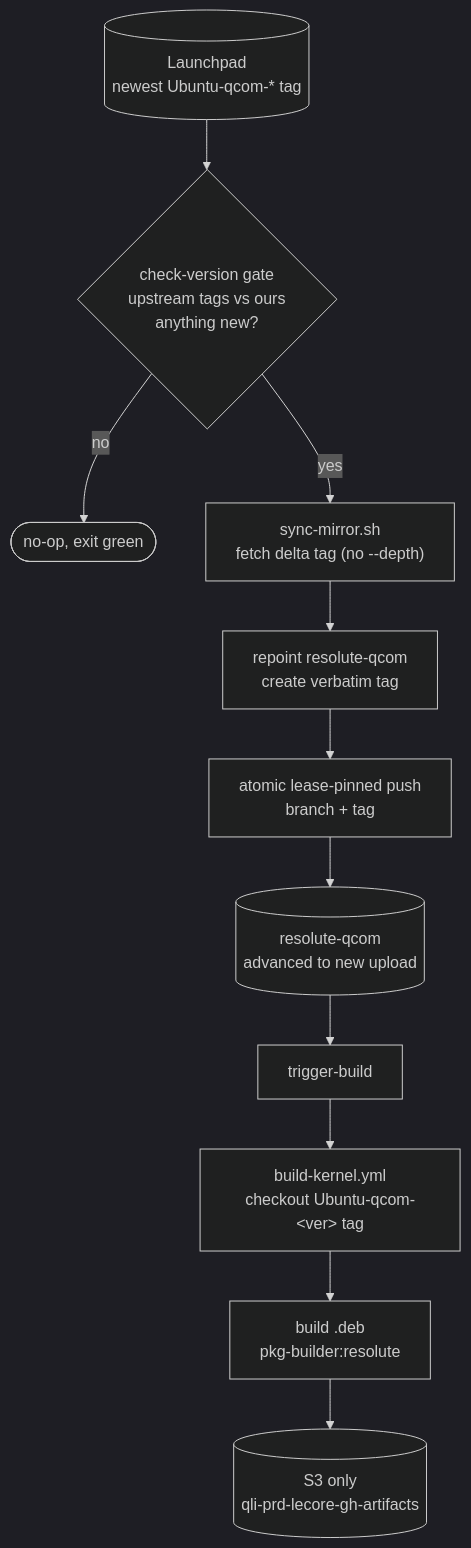
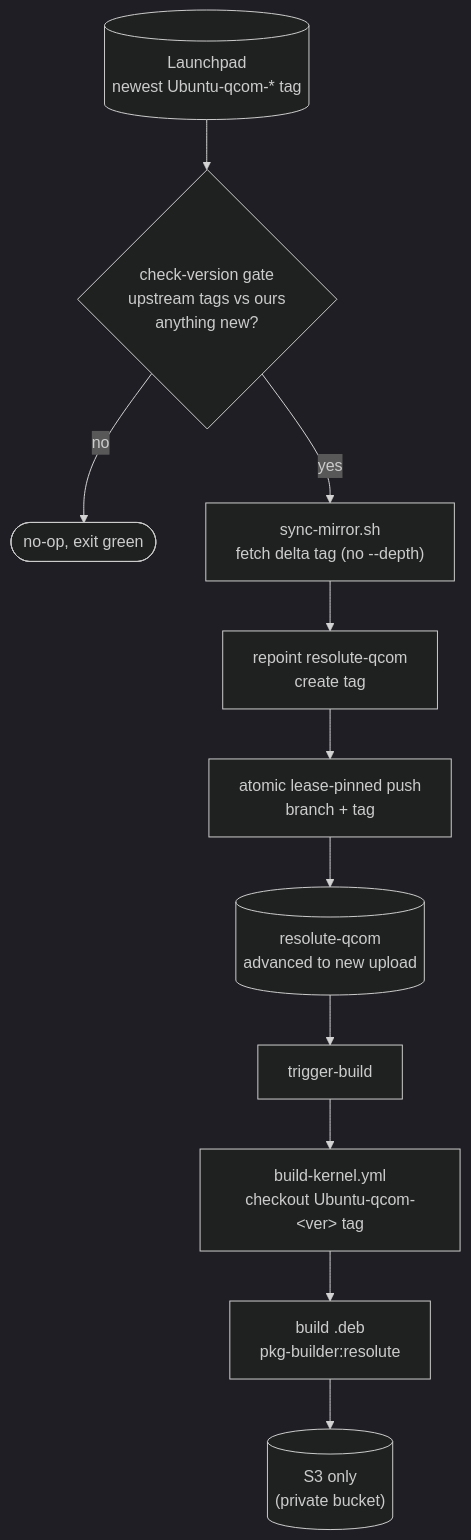
The second of 2 diagrams in docs/PIPELINE.md (qualcomm-linux/pkg-linux-qcom-canonical), drawn with Mermaid (dark theme) before and after one commit. The commit also changed other lines of this file, not shown here.

````diff
--- a/docs/PIPELINE.md
+++ b/docs/PIPELINE.md
@@ -60,17 +60,17 @@
 ```mermaid
 flowchart TB
     LP[("Launchpad<br/>newest Ubuntu-qcom-* tag")]
     G{"check-version gate<br/>upstream tags vs ours<br/>anything new?"}
     NO(["no-op, exit green"])
     S1["sync-mirror.sh<br/>fetch delta tag (no --depth)"]
-    S2["repoint resolute-qcom<br/>create verbatim tag"]
+    S2["repoint resolute-qcom<br/>create tag"]
     S3["atomic lease-pinned push<br/>branch + tag"]
     RQ[("resolute-qcom<br/>advanced to new upload")]
     T["trigger-build"]
     B1["build-kernel.yml<br/>checkout Ubuntu-qcom-&lt;ver&gt; tag"]
     B2["build .deb<br/>pkg-builder:resolute"]
-    S3DB[("S3 only<br/>qli-prd-lecore-gh-artifacts")]
+    S3DB[("S3 only<br/>(private bucket)")]
     LP --> G
     G -->|"no"| NO
     G -->|"yes"| S1 --> S2 --> S3 --> RQ --> T --> B1 --> B2 --> S3DB
 ```
````
